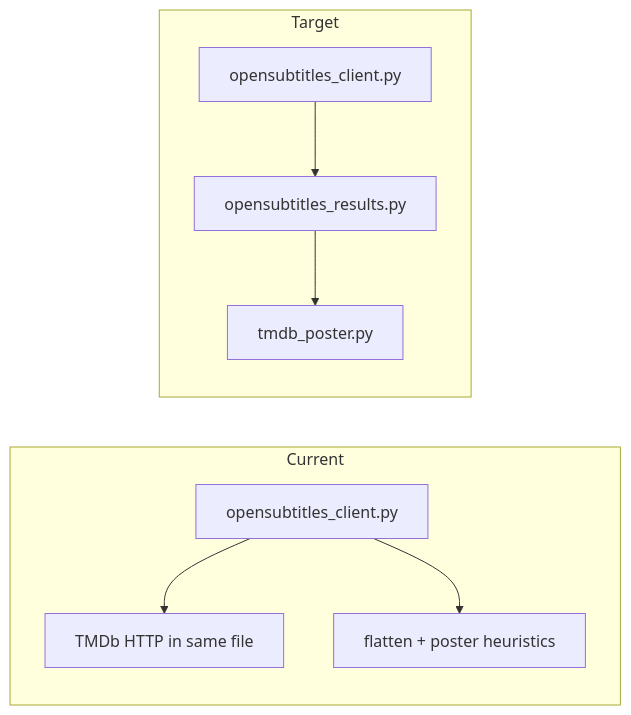
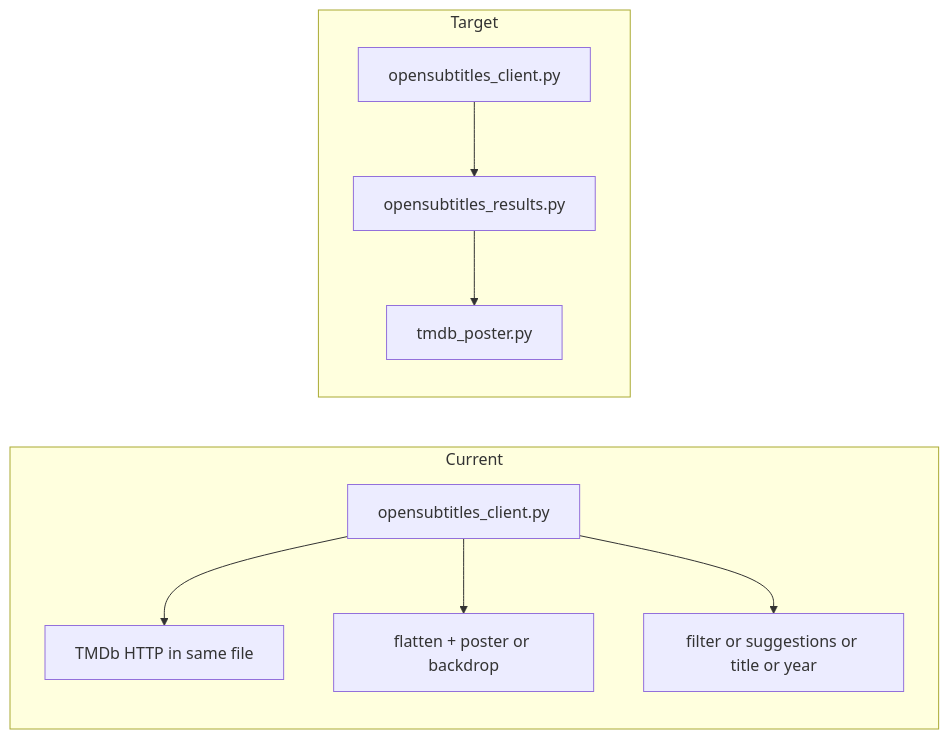
The diagram in .cursor/plans/refactor_large_modules_49de7944.plan.md (r5mao/subtitle-translator), drawn with Mermaid before and after one commit. The commit also changed other lines of this file and 13 other files, not shown here.

````diff
--- a/.cursor/plans/refactor_large_modules_49de7944.plan.md
+++ b/.cursor/plans/refactor_large_modules_49de7944.plan.md
@@ -37,15 +73,16 @@
 ```mermaid
 flowchart LR
   subgraph before [Current]
     OSC[opensubtitles_client.py]
     OSC --> TMDB[TMDb HTTP in same file]
-    OSC --> Flatten[flatten + poster heuristics]
+    OSC --> Flatten[flatten + poster or backdrop]
+    OSC --> SearchNorm[filter or suggestions or title or year]
   end
   subgraph after [Target]
     OSC2[opensubtitles_client.py]
     Res[opensubtitles_results.py]
     TMDB2[tmdb_poster.py]
     OSC2 --> Res
     Res --> TMDB2
   end
 ```
````
